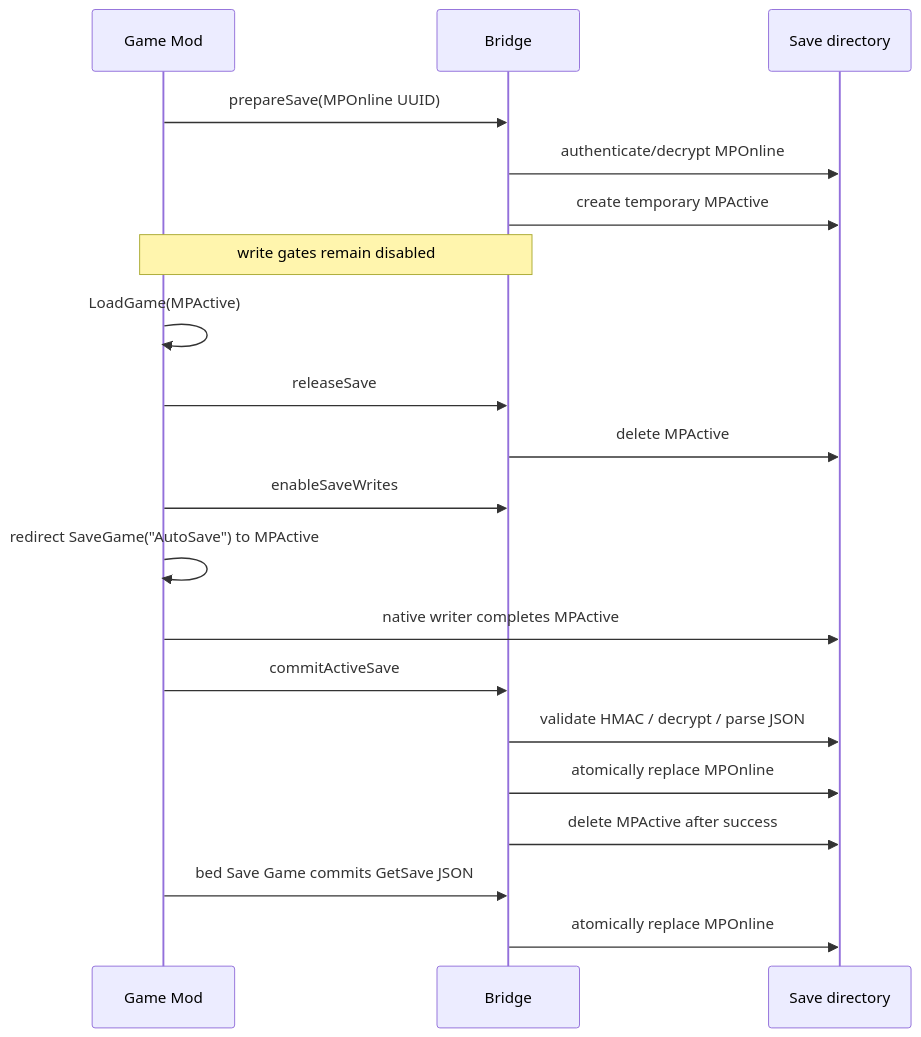
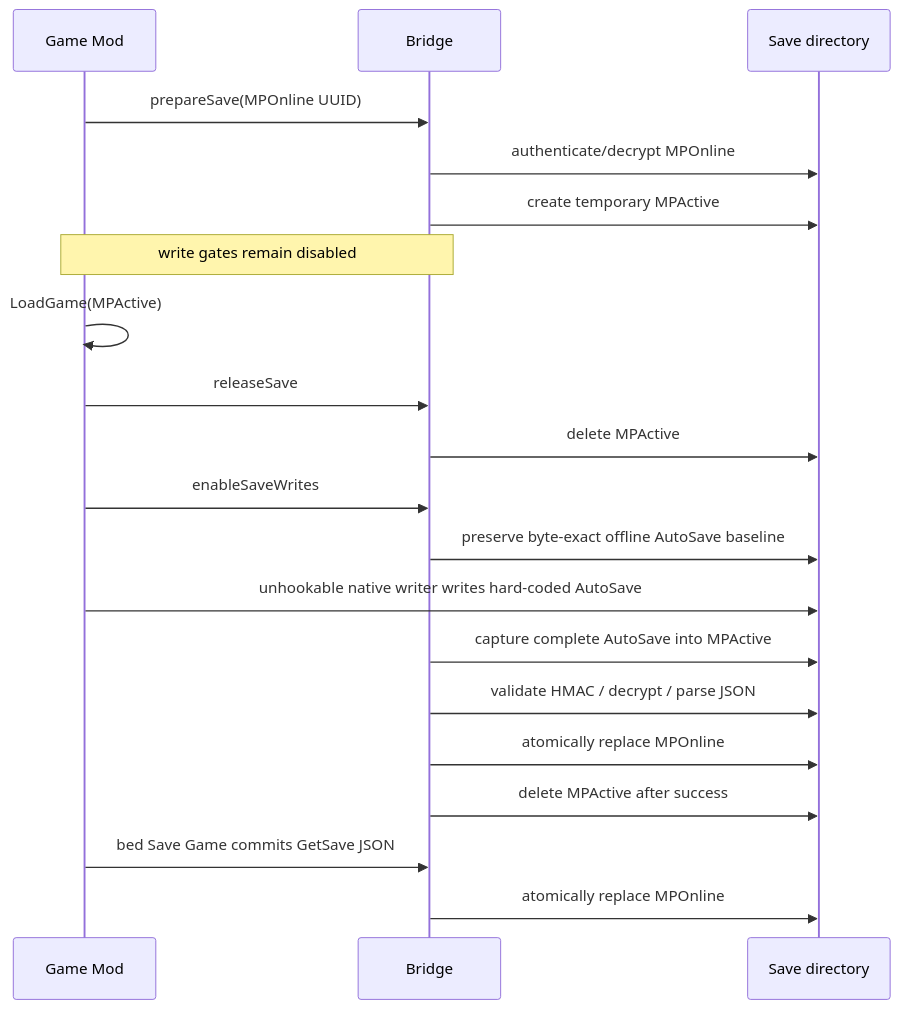
Before and after one commit to Sakura-QoQ/Multiplayer-Mod: the second of 2 diagrams in docs/ARCHITECTURE.md, drawn with Mermaid. The commit also changed other lines of this file and 10 other files, not shown here.

````diff
--- a/docs/ARCHITECTURE.md
+++ b/docs/ARCHITECTURE.md
@@ -59,22 +59,22 @@
 ```mermaid
 sequenceDiagram
     participant G as Game Mod
     participant B as Bridge
     participant D as Save directory
     G->>B: prepareSave(MPOnline UUID)
     B->>D: authenticate/decrypt MPOnline
     B->>D: create temporary MPActive
     Note over G,B: write gates remain disabled
     G->>G: LoadGame(MPActive)
     G->>B: releaseSave
     B->>D: delete MPActive
     G->>B: enableSaveWrites
-    G->>G: redirect SaveGame("AutoSave") to MPActive
-    G->>D: native writer completes MPActive
-    G->>B: commitActiveSave
+    B->>D: preserve byte-exact offline AutoSave baseline
+    G->>D: unhookable native writer writes hard-coded AutoSave
+    B->>D: capture complete AutoSave into MPActive
     B->>D: validate HMAC / decrypt / parse JSON
     B->>D: atomically replace MPOnline
     B->>D: delete MPActive after success
     G->>B: bed Save Game commits GetSave JSON
     B->>D: atomically replace MPOnline
 ```
````
